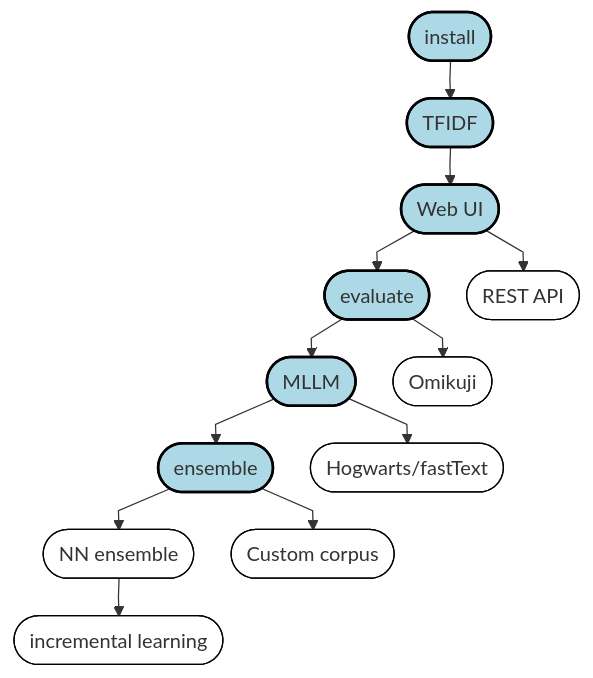
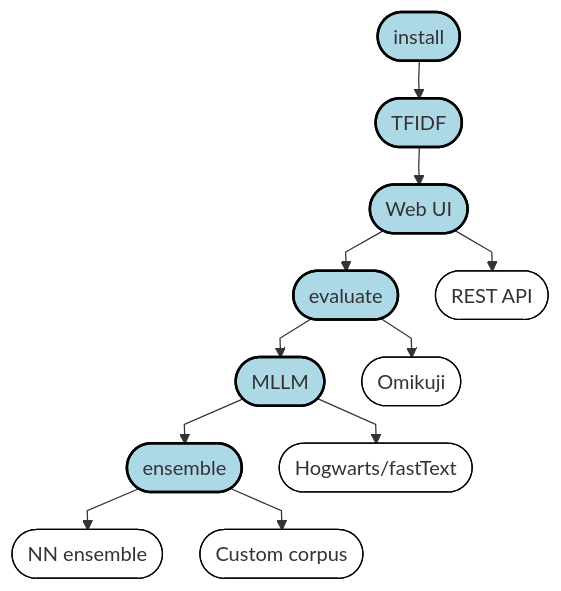
One commit to NatLibFi/Annif-tutorial changed the diagram in exercises/README.md. Above: the diagram before and after it, drawn with Mermaid. The commit also changed other lines of this file, not shown here.

Commit message:
Remove incremental learning exercise from diagram and renumber headings

````diff
--- a/exercises/README.md
+++ b/exercises/README.md
@@ -13,39 +13,37 @@
 ```mermaid
 %%{
     init: {
        "flowchart": {
            "nodeSpacing": 30,
            "rankSpacing": 30,
            "useMaxWidth": false,
            "curve": "linear"
         }
     }
 }%%
 flowchart TD
     classDef core fill:#ADD8E6,stroke:#000000,stroke-width:2px;
     classDef optional fill:#ffffff,stroke:#000000,stroke-width:1px;
 
     install([install]) --> tfidf([TFIDF])
     tfidf --> webui([Web UI])
     webui --> eval([evaluate])
     eval --> mllm([MLLM])
     mllm --> ensemble([ensemble])
     ensemble --> nn_ensemble([NN ensemble])
     ensemble --> custom([Custom corpus])
     mllm --> ft([Hogwarts/fastText])
     webui --> rest([REST API])
     eval --> omikuji([Omikuji])
-    nn_ensemble --> incremental([incremental learning])
     class install core
     class tfidf core
     class webui core
     class eval core
     class mllm core
     class ensemble core
     class rest optional
     class omikuji optional
     class ft optional
     class custom optional
     class nn_ensemble optional
-    class incremental optional
 ```
````
